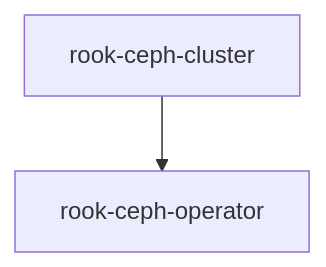
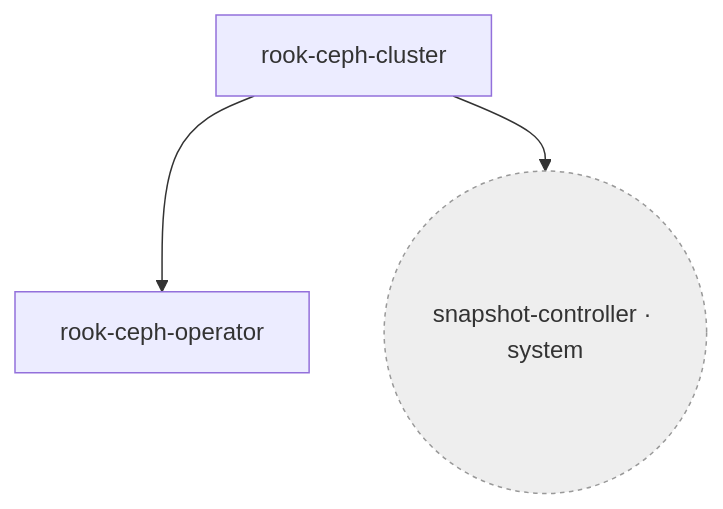
One commit to qnimbus/home-lab changed diagram 14 of 17 in docs/CLUSTER.md. Above: the diagram before and after it, drawn with Mermaid. The commit also changed other lines of this file and 10 other files, not shown here.

First line of the commit message:
feat(snapshot-controller): deploy CSI snapshot-controller singleton

````diff
--- a/docs/CLUSTER.md
+++ b/docs/CLUSTER.md
@@ -951,6 +952,9 @@
 ```mermaid
 flowchart TD
   flux_system_rook_ceph_cluster["rook-ceph-cluster"]
   flux_system_rook_ceph_operator["rook-ceph-operator"]
+  flux_system_snapshot_controller(("snapshot-controller · system")):::external
   flux_system_rook_ceph_cluster --> flux_system_rook_ceph_operator
+  flux_system_rook_ceph_cluster --> flux_system_snapshot_controller
+  classDef external fill:#eee,stroke:#999,stroke-dasharray: 3 3
 ```
````
